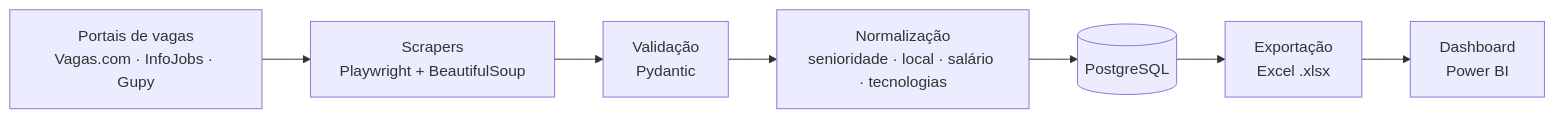
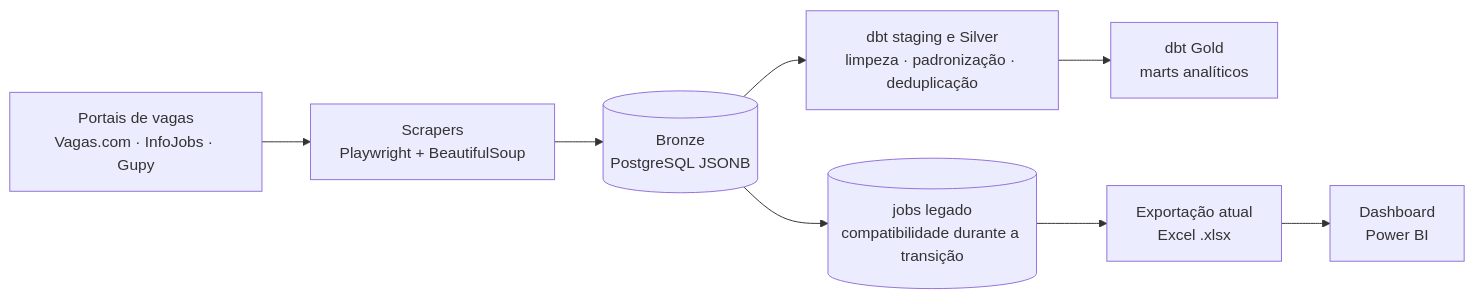
One commit to Willian-Cruz/hub_vagas changed the first of 2 diagrams in README.md. Above: the diagram before and after it, drawn with Mermaid. The commit also changed other lines of this file and 38 other files, not shown here.

````diff
--- a/README.md
+++ b/README.md
@@ -18,9 +18,10 @@
 ```mermaid
 flowchart LR
     A[Portais de vagas<br/>Vagas.com · InfoJobs · Gupy] --> B[Scrapers<br/>Playwright + BeautifulSoup]
-    B --> C[Validação<br/>Pydantic]
-    C --> D[Normalização<br/>senioridade · local · salário · tecnologias]
-    D --> E[(PostgreSQL)]
-    E --> F[Exportação<br/>Excel .xlsx]
+    B --> C[(Bronze<br/>PostgreSQL JSONB)]
+    C --> D[dbt staging e Silver<br/>limpeza · padronização · deduplicação]
+    D --> E[dbt Gold<br/>marts analíticos]
+    C --> L[(jobs legado<br/>compatibilidade durante a transição)]
+    L --> F[Exportação atual<br/>Excel .xlsx]
     F --> G[Dashboard<br/>Power BI]
 ```
````
